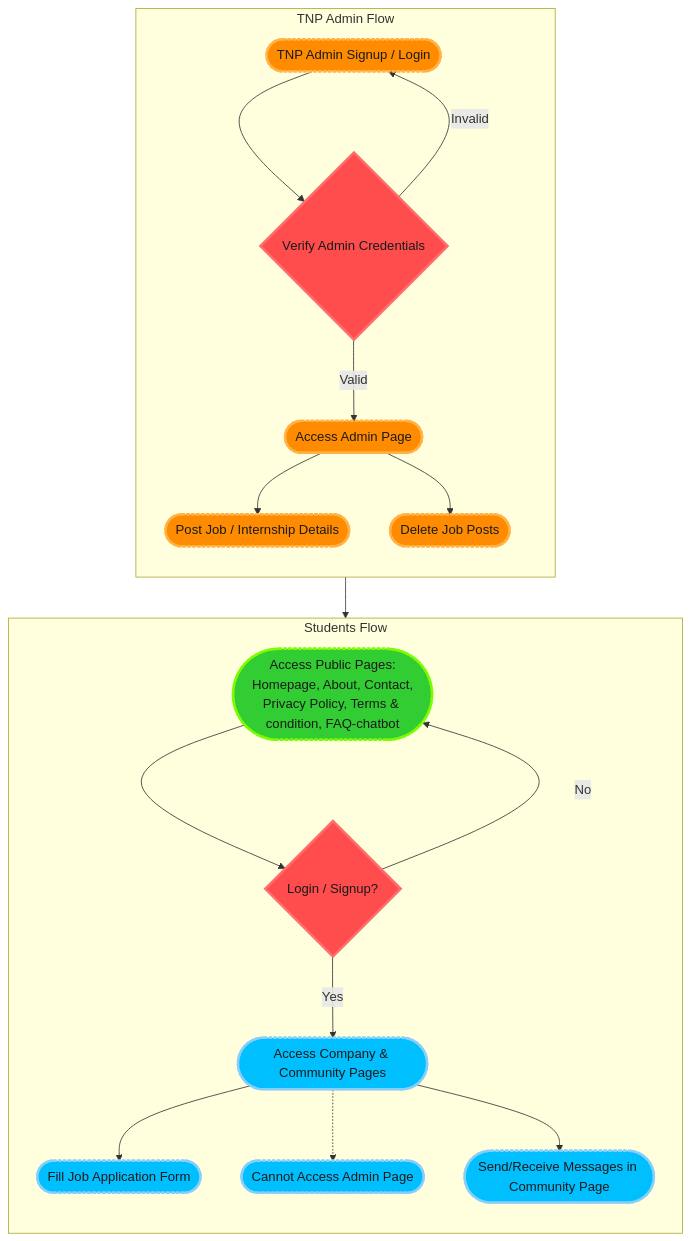
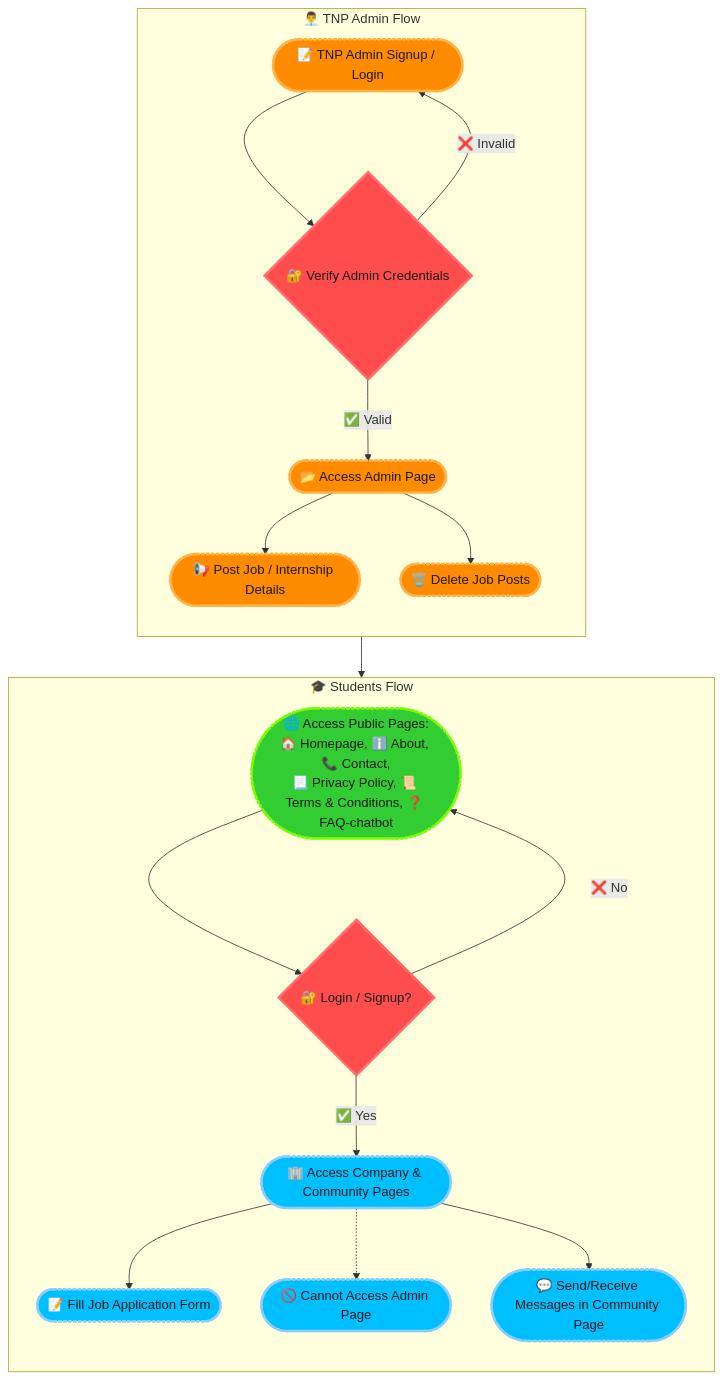
Before and after one commit to deepak-pandey1/BPIT-CareerHub: the diagram in README.md, drawn with Mermaid. The commit also changed other lines of this file, not shown here.

````diff
--- a/README.md
+++ b/README.md
@@ -9,36 +9,35 @@
 ```mermaid
 graph TD
     %% Define styles for dark theme with rounded corners and subtle shadows
     classDef adminNode fill:#ff8c00,stroke:#ffb347,stroke-width:3px,color:#1a1a1a,stroke-dasharray:4 2,round
     classDef studentNode fill:#00bfff,stroke:#87cefa,stroke-width:3px,color:#1a1a1a,stroke-dasharray:4 2,round
     classDef publicNode fill:#32cd32,stroke:#7cfc00,stroke-width:3px,color:#1a1a1a,stroke-dasharray:4 2,round
     classDef decisionNode fill:#ff4c4c,stroke:#ff6e6e,stroke-width:3px,color:#1a1a1a
 
     %% TNP Admin Flow
-    subgraph TNP_Admin["TNP Admin Flow"]
+    subgraph TNP_Admin["👨‍💼 TNP Admin Flow"]
         direction TB
-        A1([TNP Admin Signup / Login]):::adminNode --> B1{Verify Admin Credentials}:::decisionNode
-        B1 -->|Valid| C1([Access Admin Page]):::adminNode
-        B1 -->|Invalid| A1
-        C1 --> D1([Post Job / Internship Details]):::adminNode
-        C1 --> E1([Delete Job Posts]):::adminNode
+        A1([📝 TNP Admin Signup / Login]):::adminNode --> B1{🔐 Verify Admin Credentials}:::decisionNode
+        B1 -->|✅ Valid| C1([📂 Access Admin Page]):::adminNode
+        B1 -->|❌ Invalid| A1
+        C1 --> D1([📢 Post Job / Internship Details]):::adminNode
+        C1 --> E1([🗑️ Delete Job Posts]):::adminNode
     end
 
     %% Students Flow
-    subgraph Students["Students Flow"]
+    subgraph Students["🎓 Students Flow"]
         direction TB
-        F1([Access Public Pages:<br>Homepage, About, Contact,<br>Privacy Policy, Terms & condition, FAQ-chatbot]):::publicNode --> G1{Login / Signup?}:::decisionNode
-        G1 -->|Yes| H1([Access Company & Community Pages]):::studentNode
-        G1 -->|No| F1
+        F1([🌐 Access Public Pages:<br>🏠 Homepage, ℹ️ About, 📞 Contact,<br>📃 Privacy Policy, 📜 Terms & Conditions, ❓ FAQ-chatbot]):::publicNode --> G1{🔐 Login / Signup?}:::decisionNode
+        G1 -->|✅ Yes| H1([🏢 Access Company & Community Pages]):::studentNode
+        G1 -->|❌ No| F1
 
-        H1 --> I1([Fill Job Application Form]):::studentNode
-        H1 -.-> J1([Cannot Access Admin Page]):::studentNode
+        H1 --> I1([📝 Fill Job Application Form]):::studentNode
+        H1 -.-> J1([🚫 Cannot Access Admin Page]):::studentNode
 
         %% Communication in Community Page
-        H1 --> L1([Send/Receive Messages in Community Page]):::studentNode
+        H1 --> L1([💬 Send/Receive Messages in Community Page]):::studentNode
         C1 --> L1
     end
 
 
-
 ```
````
